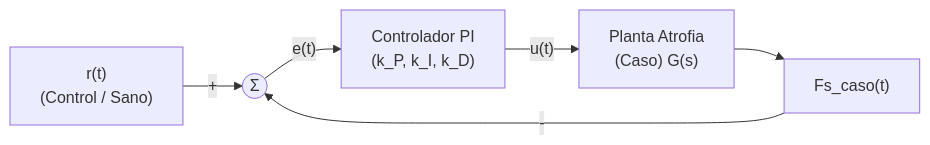
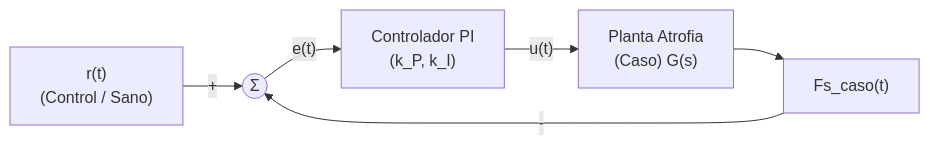
The first of 2 diagrams in README.md (EmiCrack132/MSFP3), drawn with Mermaid before and after one commit. The commit also changed other lines of this file, not shown here.

````diff
--- a/README.md
+++ b/README.md
@@ -229,8 +229,8 @@
 ```mermaid
 flowchart LR
     R["r(t)<br/>(Control / Sano)"] -->|"+"| SUM(("Σ"))
-    SUM -->|"e(t)"| PI["Controlador PI<br/>(k_P, k_I, k_D)"]
+    SUM -->|"e(t)"| PI["Controlador PI<br/>(k_P, k_I)"]
     PI -->|"u(t)"| CASE["Planta Atrofia<br/>(Caso) G(s)"]
     CASE --> OUTPUT["Fs_caso(t)"]
     OUTPUT -->|" - "| SUM
 ```
````
